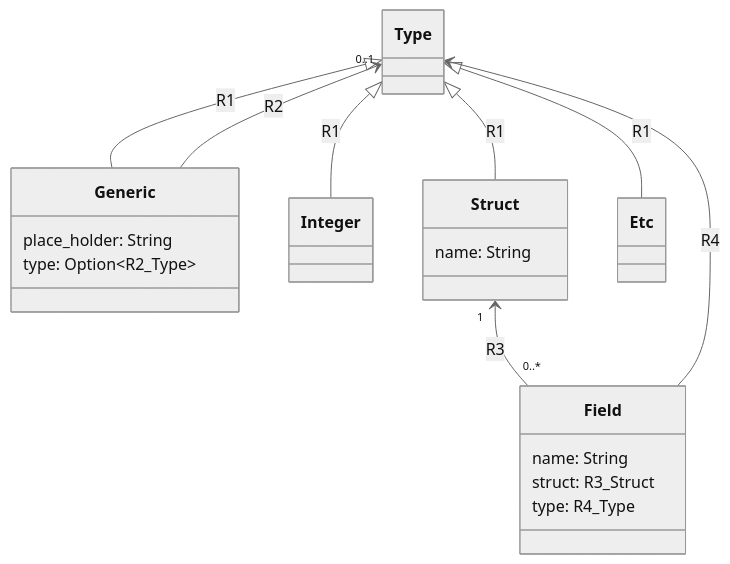
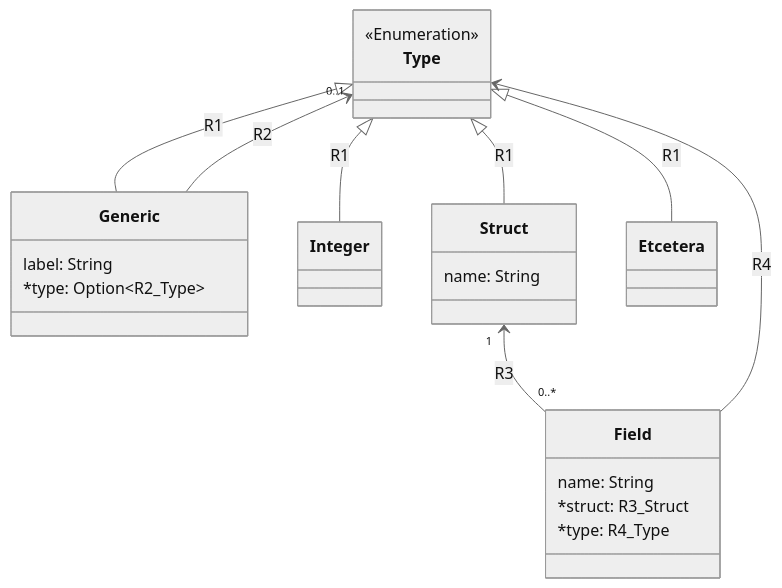
One commit to uberFoo/dwarf changed the diagram in doc/src/hacker/dwarf/generics.md. Above: the diagram before and after it, drawn with Mermaid (neutral theme). The commit also changed other lines of this file and 202 other files, not shown here.

````diff
--- a/doc/src/hacker/dwarf/generics.md
+++ b/doc/src/hacker/dwarf/generics.md
@@ -68,25 +84,28 @@
 ```mermaid
 classDiagram
     Type <|-- Generic : R1
     Type <|-- Integer : R1
     Type <|-- Struct : R1
-    Type <|-- Etc : R1
+    Type <|-- Etcetera : R1
     Generic --> "0..1" Type : R2
     Struct "1" <-- "0..*" Field : R3
     Field --> Type : R4
 
+    class Type
+    <<Enumeration>> Type
+
     class Generic {
-        place_holder: String
-        type: Option~R2_Type~
+        label: String
+        *type: Option~R2_Type~
     }
 
     class Struct {
         name: String
     }
 
     class Field {
         name: String
-        struct: R3_Struct
-        type: R4_Type
+        *struct: R3_Struct
+        *type: R4_Type
     }
 ```
````
